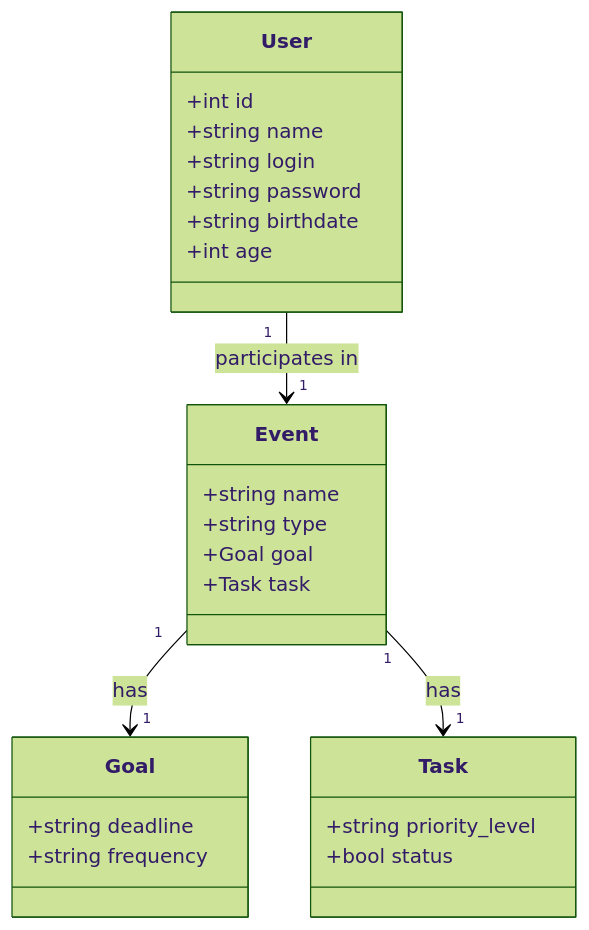
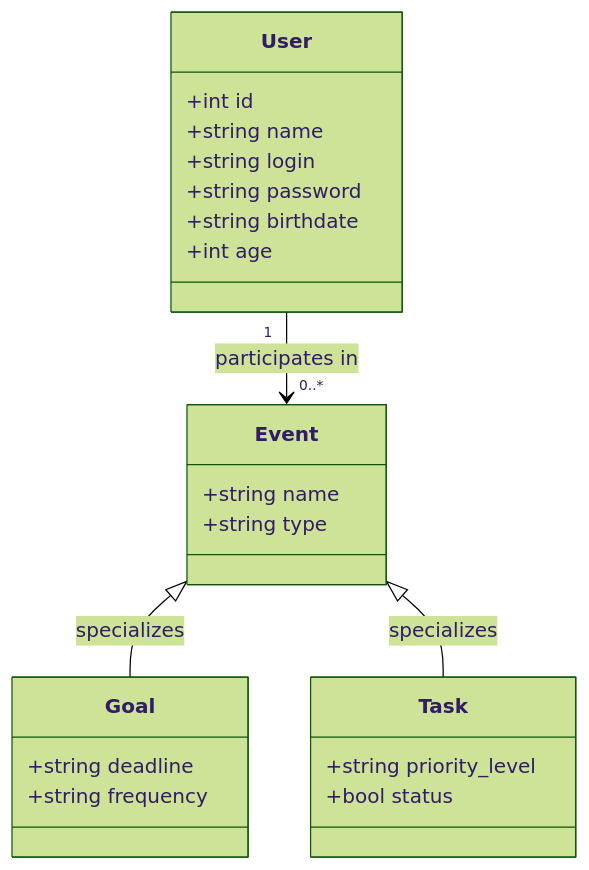
One commit to erika-hortencia/testeAPI changed the diagram in README.md. Above: the diagram before and after it, drawn with Mermaid (forest theme).

Commit message:
Update README.md
Changes made do class diagram: Goal and Task specialize Event.

````diff
--- a/README.md
+++ b/README.md
@@ -5,32 +5,30 @@
 ```mermaid
 classDiagram
     class User {
         +int id
         +string name
         +string login
         +string password
         +string birthdate
         +int age
     }
     
     class Event {
         +string name
         +string type
-        +Goal goal
-        +Task task
     }
 
     class Goal {
         +string deadline
         +string frequency
     }
 
     class Task {
         +string priority_level
         +bool status
     }
 
-    User "1" --> "1" Event : participates in
-    Event "1" --> "1" Goal : has
-    Event "1" --> "1" Task : has
+    User "1" --> "0..*" Event : participates in
+    Event <|-- Goal : specializes
+    Event <|-- Task : specializes
 ```
````
